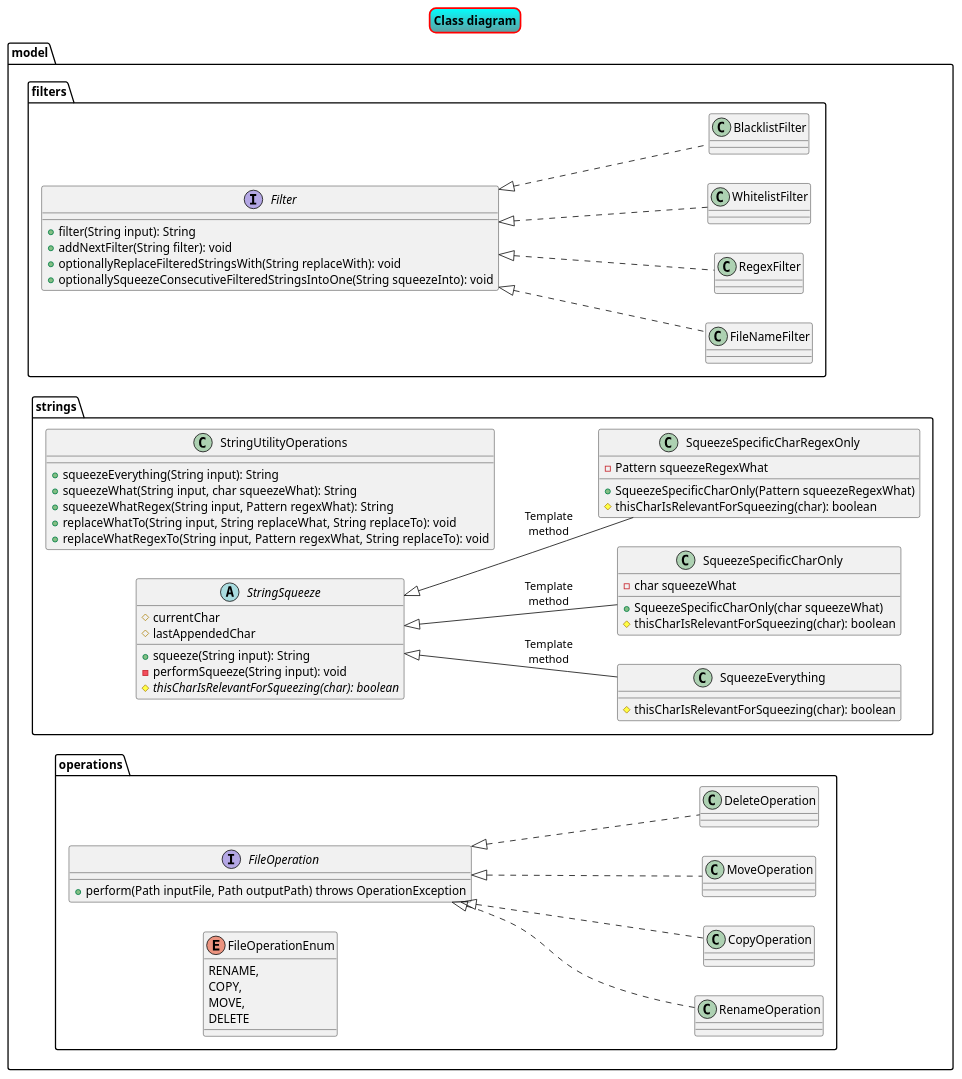
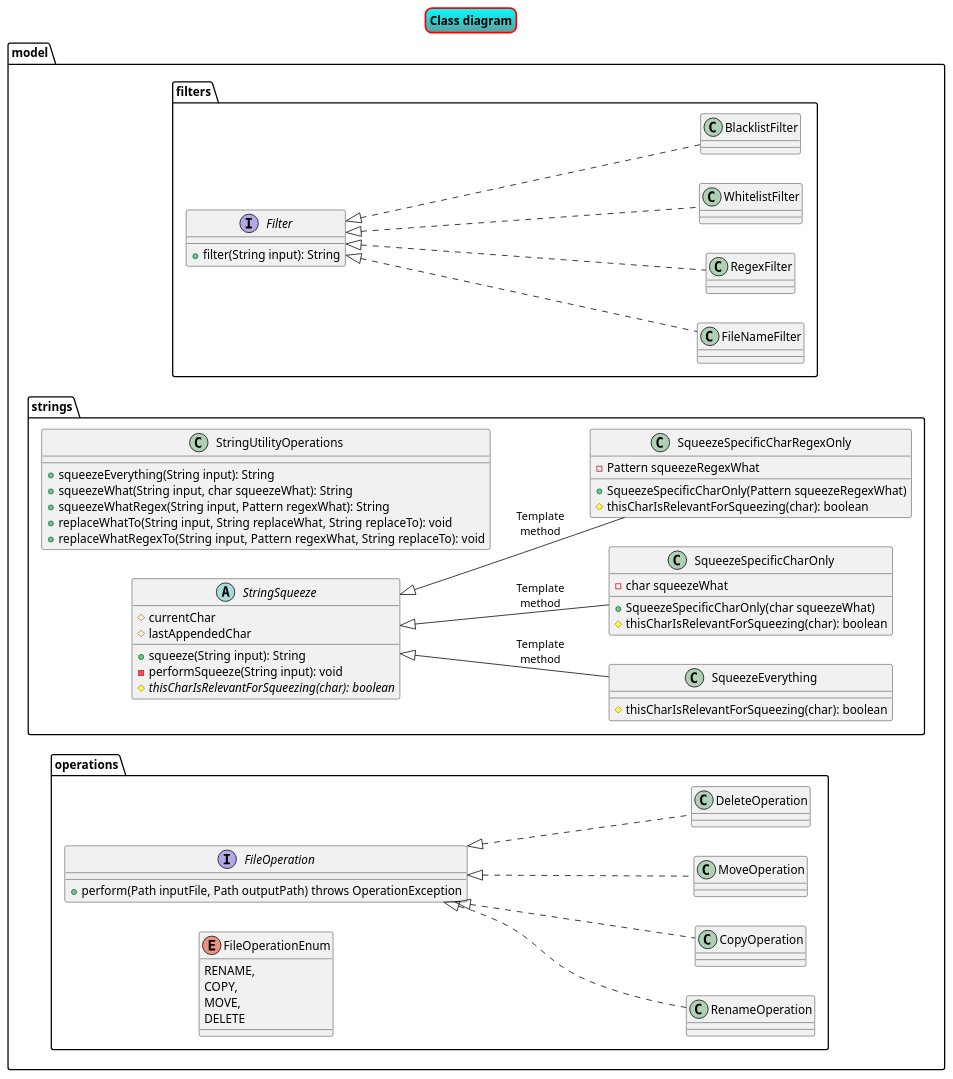
One commit to hhvitek/file-manipulator changed the diagram in UML/class-diagram.puml. Above: the diagram before and after it, drawn with PlantUML. The commit also changed 26 other files, not shown here.

```diff
--- a/UML/class-diagram.puml
+++ b/UML/class-diagram.puml
@@ -1,89 +1,86 @@
 @startuml
 left to right direction
 
 skinparam titleBorderRoundCorner 15
 skinparam titleBorderThickness 2
 skinparam titleBorderColor red
 skinparam titleBackgroundColor Aqua-CadetBlue
 
 title Class diagram
 
 
 
 package model.filters {
 
 interface Filter {
     +filter(String input): String
-    +addNextFilter(String filter): void
-    +optionallyReplaceFilteredStringsWith(String replaceWith): void
-    +optionallySqueezeConsecutiveFilteredStringsIntoOne(String squeezeInto): void
 }
 
 class FileNameFilter implements Filter
 class RegexFilter implements Filter
 class WhitelistFilter implements Filter
 class BlacklistFilter implements Filter
 }
 
 package model.strings {
     class StringUtilityOperations {
         +squeezeEverything(String input): String
         +squeezeWhat(String input, char squeezeWhat): String
         +squeezeWhatRegex(String input, Pattern regexWhat): String
         +replaceWhatTo(String input, String replaceWhat, String replaceTo): void
         +replaceWhatRegexTo(String input, Pattern regexWhat, String replaceTo): void
     }
 
     abstract class StringSqueeze {
         #currentChar
         #lastAppendedChar
 
         +squeeze(String input): String
         -performSqueeze(String input): void
         #{abstract}thisCharIsRelevantForSqueezing(char): boolean
     }
 
     class SqueezeEverything {
         #thisCharIsRelevantForSqueezing(char): boolean
     }
 
     class SqueezeSpecificCharOnly {
         -char squeezeWhat
         +SqueezeSpecificCharOnly(char squeezeWhat)
         #thisCharIsRelevantForSqueezing(char): boolean
     }
 
     class SqueezeSpecificCharRegexOnly {
         -Pattern squeezeRegexWhat
         +SqueezeSpecificCharOnly(Pattern squeezeRegexWhat)
         #thisCharIsRelevantForSqueezing(char): boolean
     }
 
     StringSqueeze <|-- SqueezeEverything : Template\nmethod
     StringSqueeze <|-- SqueezeSpecificCharOnly : Template\nmethod
     StringSqueeze <|-- SqueezeSpecificCharRegexOnly : Template\nmethod
 
 
 }
 
 package model.operations {
 
 interface FileOperation {
     +perform(Path inputFile, Path outputPath) throws OperationException
 }
 
 enum FileOperationEnum {
     RENAME,
     COPY,
     MOVE,
     DELETE
 }
 
 class RenameOperation implements FileOperation
 class CopyOperation implements FileOperation
 class MoveOperation implements FileOperation
 class DeleteOperation implements FileOperation
 
 }
 
 @enduml
```
